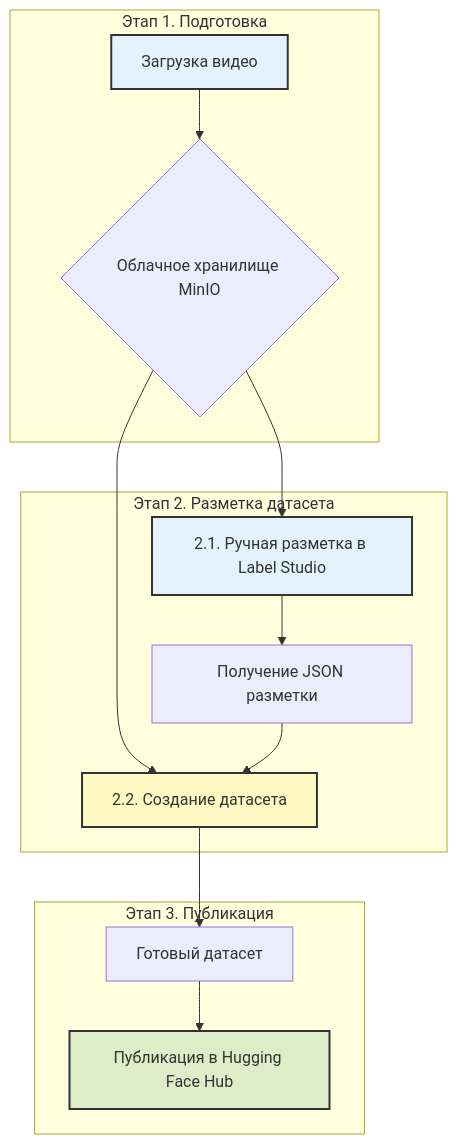
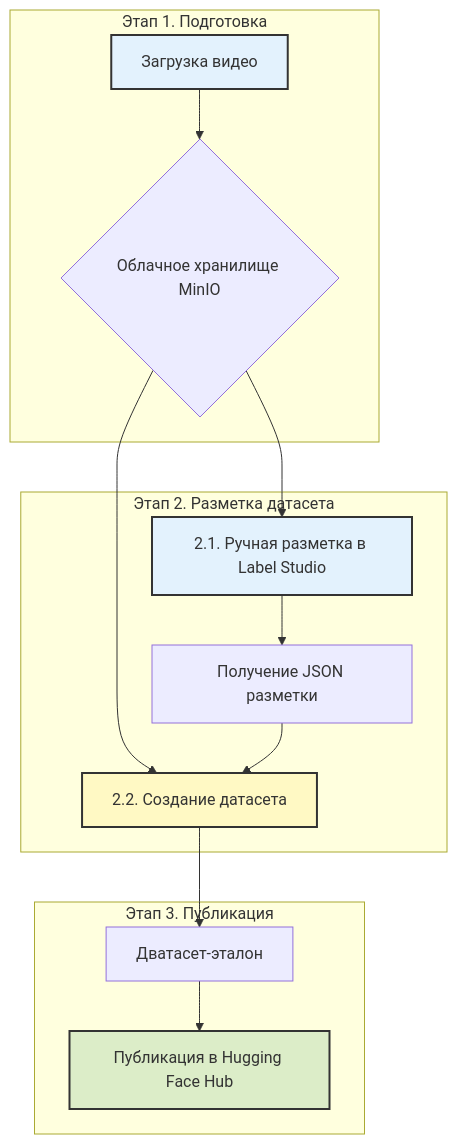
The diagram in readme.md (BosenkoTM/ppi_mgpu), drawn with Mermaid before and after one commit. The commit also changed other lines of this file, not shown here.

````diff
--- a/readme.md
+++ b/readme.md
@@ -13,22 +13,22 @@
 ```mermaid
 graph TD
     subgraph Этап 1. Подготовка
         A[Загрузка видео] --> B{Облачное хранилище MinIO};
     end
 
     subgraph Этап 2. Разметка датасета
         B --> C[2.1. Ручная разметка в Label Studio];
         C --> D[Получение JSON разметки];
         B & D --> E[2.2. Создание датасета];
     end
 
     subgraph Этап 3. Публикация
-        E --> F[Готовый датасет];
+        E --> F[Дватасет-эталон];
         F --> G[Публикация в Hugging Face Hub];
     end
 
     style A fill:#e3f2fd,stroke:#333,stroke-width:2px
     style C fill:#e3f2fd,stroke:#333,stroke-width:2px
     style E fill:#fff9c4,stroke:#333,stroke-width:2px
     style G fill:#dcedc8,stroke:#333,stroke-width:2px
 ```
````
